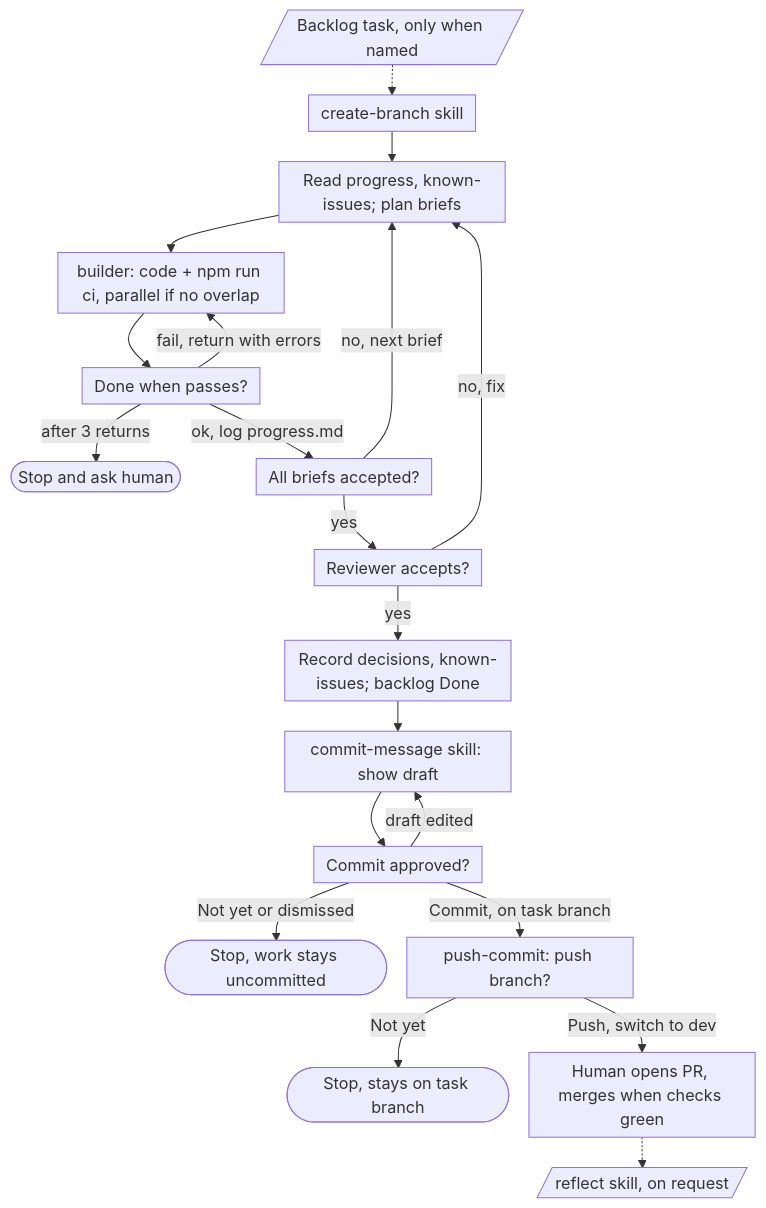
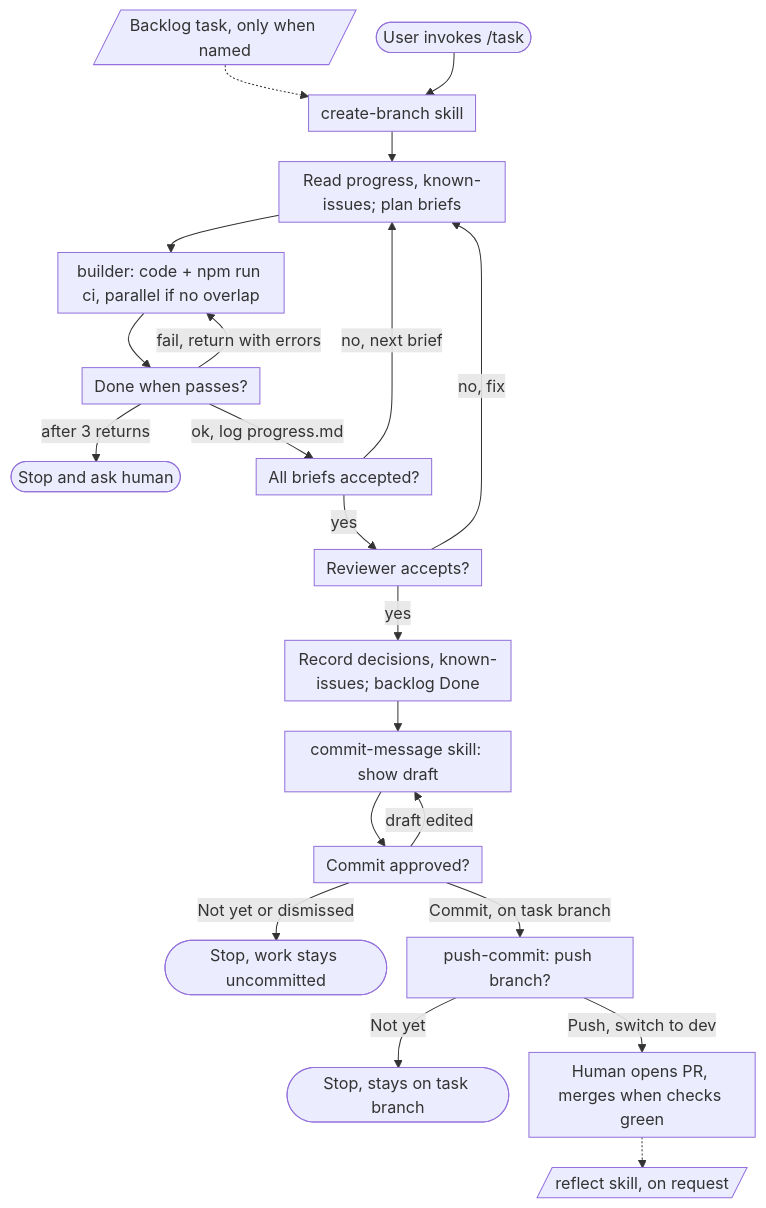
One commit to roman-ua89/remindme changed the first of 3 diagrams in README.md. Above: the diagram before and after it, drawn with Mermaid. The commit also changed other lines of this file and 12 other files, not shown here.

````diff
--- a/README.md
+++ b/README.md
@@ -33,23 +33,24 @@
 ```mermaid
 %%{init: {'flowchart': {'nodeSpacing': 20, 'rankSpacing': 30, 'padding': 6}}}%%
 flowchart TD
     BL[/"Backlog task, only when named"/] -.-> BR
+    T(["User invokes /task"]) --> BR
     BR["create-branch skill"] --> P["Read progress, known-issues; plan briefs"]
     P --> B["builder: code + npm run ci, parallel if no overlap"]
     B --> V["Done when passes?"]
     V -->|"fail, return with errors"| B
     V -->|"after 3 returns"| X(["Stop and ask human"])
     V -->|"ok, log progress.md"| J["All briefs accepted?"]
     J -->|"no, next brief"| P
     J -->|"yes"| RV["Reviewer accepts?"]
     RV -->|"no, fix"| P
     RV -->|"yes"| REC["Record decisions, known-issues; backlog Done"]
     REC --> CM["commit-message skill: show draft"]
     CM --> CB["Commit approved?"]
     CB -->|"draft edited"| CM
     CB -->|"Not yet or dismissed"| U(["Stop, work stays uncommitted"])
     CB -->|"Commit, on task branch"| PC["push-commit: push branch?"]
     PC -->|"Not yet"| LP(["Stop, stays on task branch"])
     PC -->|"Push, switch to dev"| PR["Human opens PR, merges when checks green"]
     PR -.-> RF[/"reflect skill, on request"/]
 ```
````
